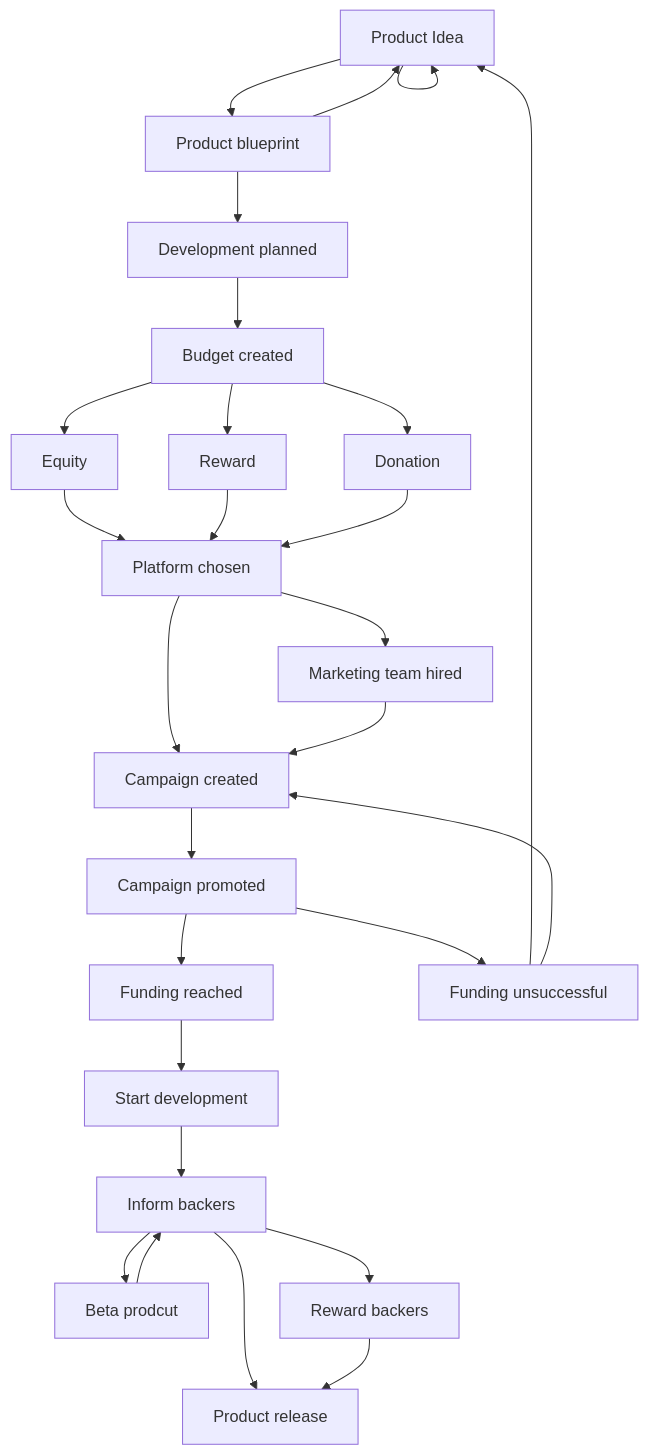
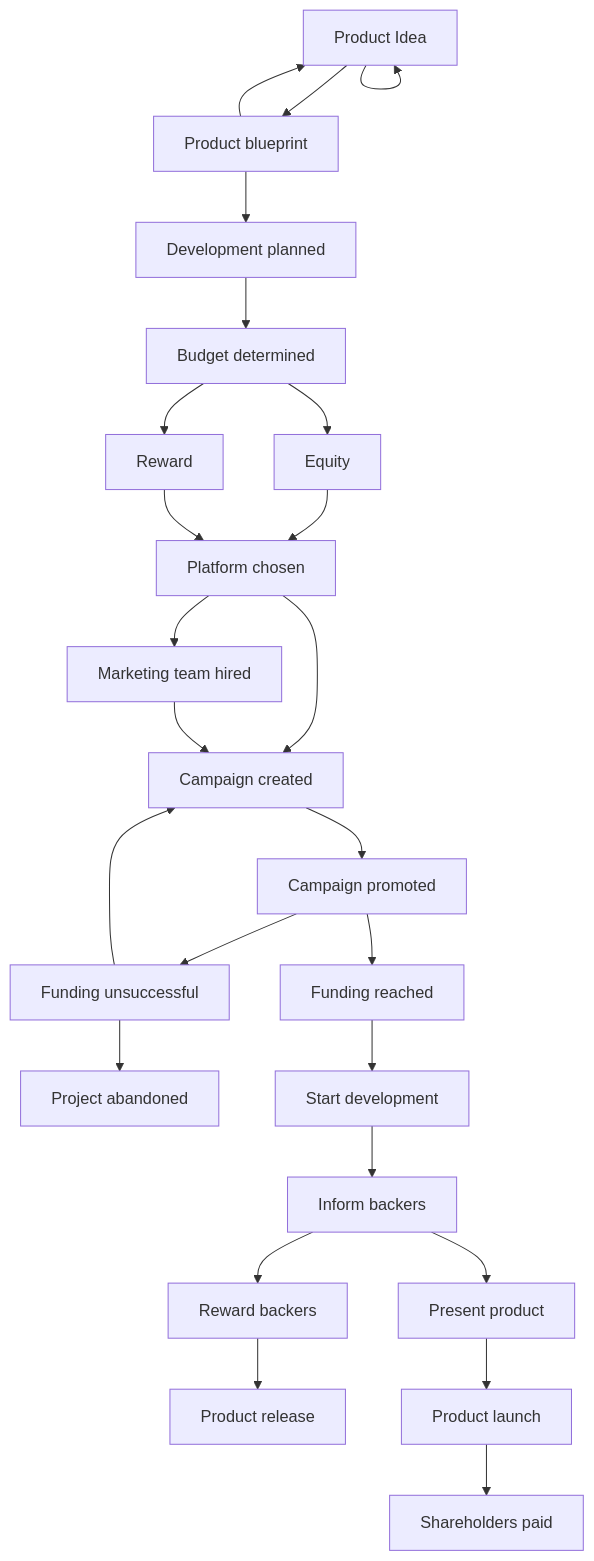
Before and after one commit to FrankLawrence/Obsidian-Vault: the second of 2 diagrams in Computer Programming/Information Management for CS/Crowdfunding process.md, drawn with Mermaid. The commit also changed other lines of this file and 14 other files, not shown here.

````diff
--- a/Computer Programming/Information Management for CS/Crowdfunding process.md
+++ b/Computer Programming/Information Management for CS/Crowdfunding process.md
@@ -70,29 +71,27 @@
 ```mermaid
 graph TD;
 A[Product Idea] --> B[Product blueprint]
 A --> A
 B --> A
 B --> C[Development planned]
-C --> D[Budget created]
+C --> D[Budget determined]
 D --> E1[Equity]
 D --> E2[Reward]
-D --> E3[Donation]
 E1 --> F[Platform chosen]
 E2 --> F
-E3 --> F
 F --> G1[Marketing team hired]
 F --> G2[Campaign created]
 G1 --> G2
 G2 --> H[Campaign promoted]
 H --> I1[Funding reached]
 H --> I2[Funding unsuccessful]
-I2 --> A
+I2 --> N[Project abandoned]
 I2 --> G2
 I1 --> J[Start development]
 J --> K[Inform backers]
-K --> L[Beta prodcut]
-L --> K
-K --> M1[Reward backers]
-K --> M2[Product release]
-M1 --> M2
+K --> M2[Reward backers]
+K --> M3[Present product]
+M2 --> M1[Product release]
+M3 --> P[Product launch]
+P --> O[Shareholders paid]
 ```
````
